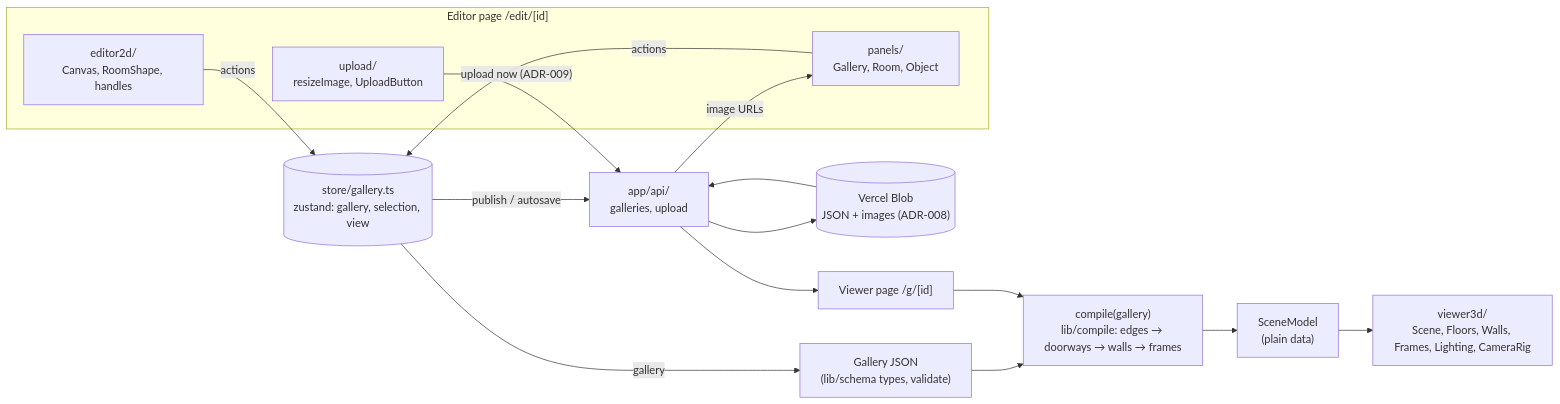
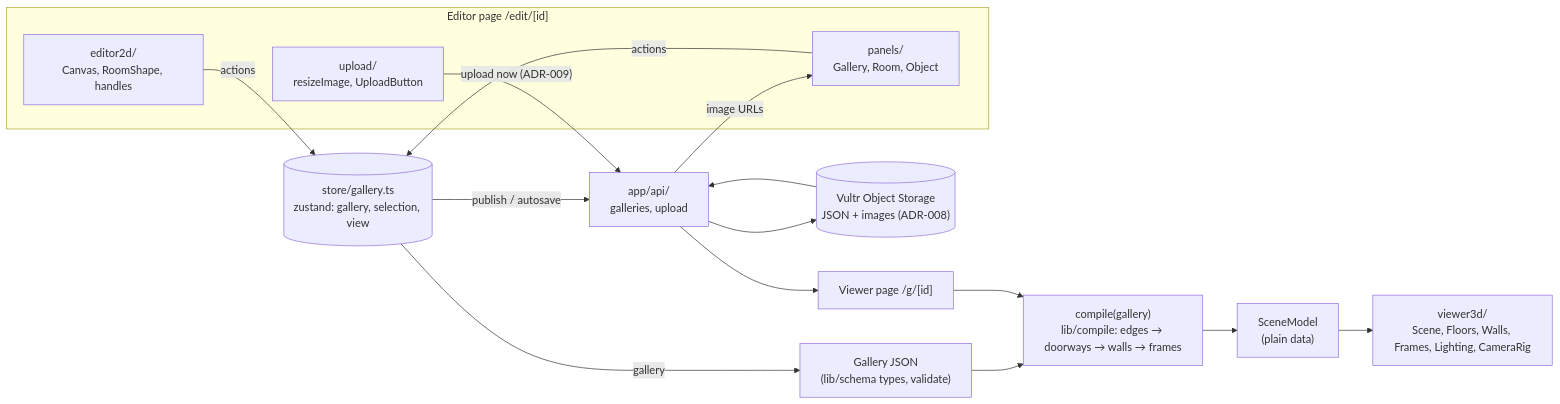
One commit to PegasusXLab/main changed the diagram in plan/architecture.md. Above: the diagram before and after it, drawn with Mermaid. The commit also changed 14 other files, not shown here.

Commit message:
senior: storage -> Vultr Object Storage (ADR-008), Vultr graphics ideas T-090..T-092 as drafts T-000

````diff
--- a/plan/architecture.md
+++ b/plan/architecture.md
@@ -9,25 +9,25 @@
 ```mermaid
 flowchart LR
   subgraph Editor["Editor page /edit/[id]"]
     E2D["editor2d/<br/>Canvas, RoomShape, handles"]
     P["panels/<br/>Gallery, Room, Object"]
     U["upload/<br/>resizeImage, UploadButton"]
   end
   S[("store/gallery.ts<br/>zustand: gallery, selection, view")]
   G["Gallery JSON<br/>(lib/schema types, validate)"]
   C["compile(gallery)<br/>lib/compile: edges → doorways → walls → frames"]
   SM["SceneModel<br/>(plain data)"]
   R["viewer3d/<br/>Scene, Floors, Walls, Frames, Lighting, CameraRig"]
   API["app/api/<br/>galleries, upload"]
-  ST[("Vercel Blob<br/>JSON + images (ADR-008)")]
+  ST[("Vultr Object Storage<br/>JSON + images (ADR-008)")]
   V["Viewer page /g/[id]"]
 
   E2D -- actions --> S
   P -- actions --> S
   U -- upload now (ADR-009) --> API
   API -- image URLs --> P
   S -- gallery --> G
   G --> C --> SM --> R
   S -- publish / autosave --> API --> ST
   ST --> API --> V --> C
 ```
````
